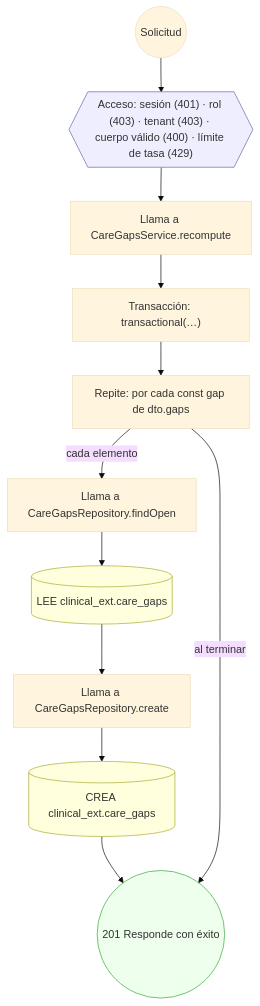
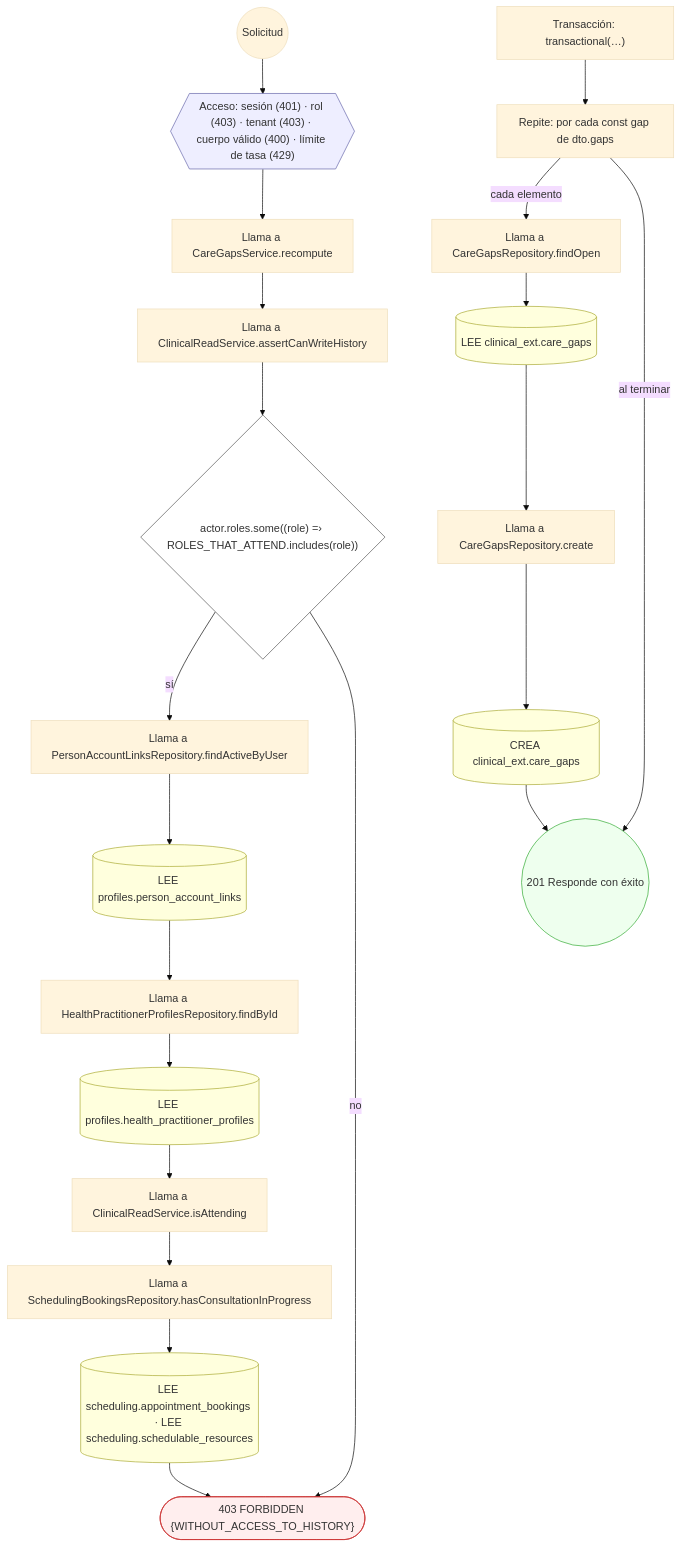
The fourth of 26 diagrams in docs/inventario/flujos/clinical_ext.md (mdavila-2001/mantra-core-health-api), drawn with Mermaid (base theme) before and after one commit. The commit also changed other lines of this file and 438 other files, not shown here.

````diff
--- a/docs/inventario/flujos/clinical_ext.md
+++ b/docs/inventario/flujos/clinical_ext.md
@@ -296,29 +343,49 @@
 ```mermaid
 flowchart TD
   n1(("Solicitud")):::inicio
   n2{{"Acceso: sesión (401) · rol (403) · tenant (403) · cuerpo válido (400) · límite de tasa (429)"}}:::acceso
   n1 --> n2
   n3["Llama a CareGapsService.recompute"]:::llamada
   n2 --> n3
-  n4["Transacción: transactional(…)"]:::transaccion
+  n4["Llama a ClinicalReadService.assertCanWriteHistory"]:::llamada
   n3 --> n4
-  n5["Repite: por cada const gap de dto.gaps"]:::bucle
+  n5{"actor.roles.some((role) =› ROLES_THAT_ATTEND.includes(role))"}:::decision
   n4 --> n5
-  n6["Llama a CareGapsRepository.findOpen"]:::llamada
-  n5 -->|"cada elemento"| n6
-  n7[("LEE clinical_ext.care_gaps")]:::efecto
+  n6["Llama a PersonAccountLinksRepository.findActiveByUser"]:::llamada
+  n5 -->|"sí"| n6
+  n7[("LEE profiles.person_account_links")]:::efecto
   n6 --> n7
-  n8["Llama a CareGapsRepository.create"]:::llamada
+  n8["Llama a HealthPractitionerProfilesRepository.findById"]:::llamada
   n7 --> n8
-  n9[("CREA clinical_ext.care_gaps")]:::efecto
+  n9[("LEE profiles.health_practitioner_profiles")]:::efecto
   n8 --> n9
-  n10(("201 Responde con éxito")):::ok
+  n10["Llama a ClinicalReadService.isAttending"]:::llamada
   n9 --> n10
-  n5 -->|"al terminar"| n10
+  n11["Llama a SchedulingBookingsRepository.hasConsultationInProgress"]:::llamada
+  n10 --> n11
+  n12[("LEE scheduling.appointment_bookings · LEE scheduling.schedulable_resources")]:::efecto
+  n11 --> n12
+  n13(["403 FORBIDDEN {WITHOUT_ACCESS_TO_HISTORY}"]):::error
+  n12 --> n13
+  n5 -->|"no"| n13
+  n14["Transacción: transactional(…)"]:::transaccion
+  n15["Repite: por cada const gap de dto.gaps"]:::bucle
+  n14 --> n15
+  n16["Llama a CareGapsRepository.findOpen"]:::llamada
+  n15 -->|"cada elemento"| n16
+  n17[("LEE clinical_ext.care_gaps")]:::efecto
+  n16 --> n17
+  n18["Llama a CareGapsRepository.create"]:::llamada
+  n17 --> n18
+  n19[("CREA clinical_ext.care_gaps")]:::efecto
+  n18 --> n19
+  n20(("201 Responde con éxito")):::ok
+  n19 --> n20
+  n15 -->|"al terminar"| n20
   classDef acceso fill:#eef,stroke:#66a
   classDef error fill:#fee,stroke:#c33
   classDef ok fill:#efe,stroke:#3a3
   classDef efecto fill:#ffd,stroke:#aa3
   classDef decision fill:#fff,stroke:#555
   classDef corte fill:#eee,stroke:#999,stroke-dasharray: 4
 ```
````
